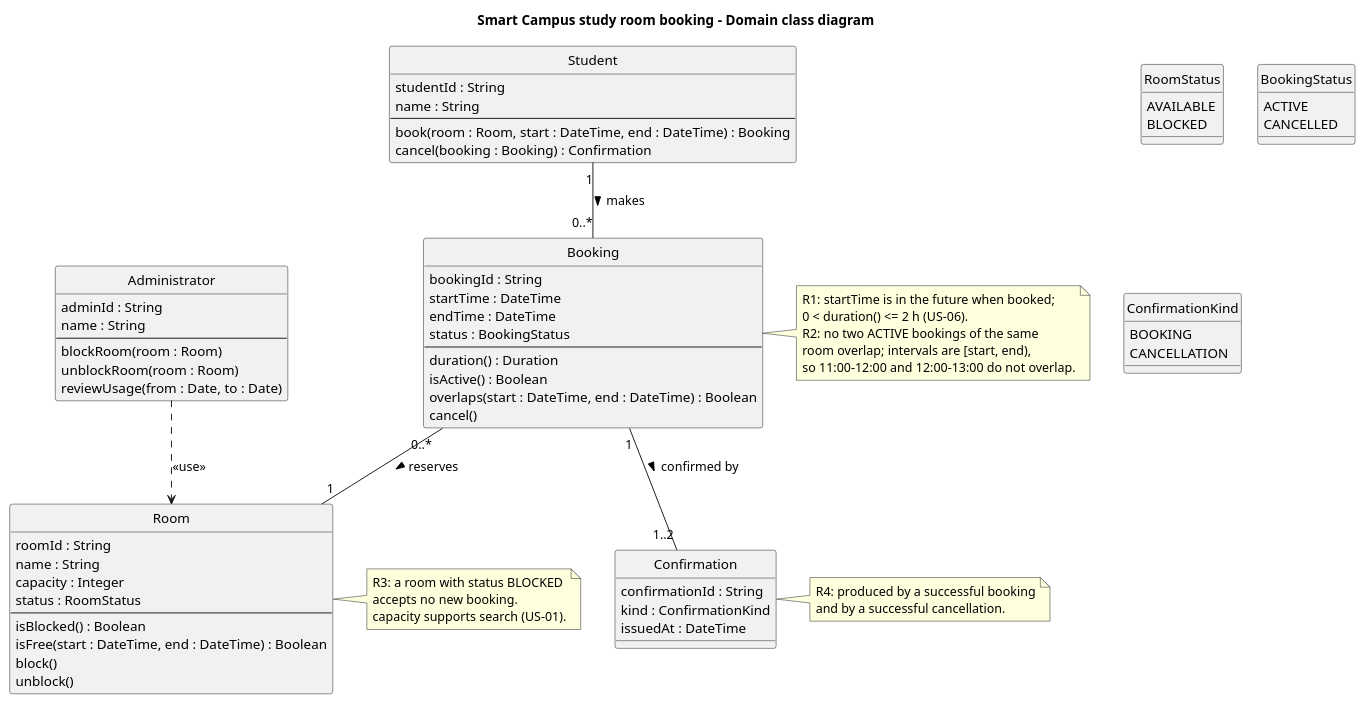
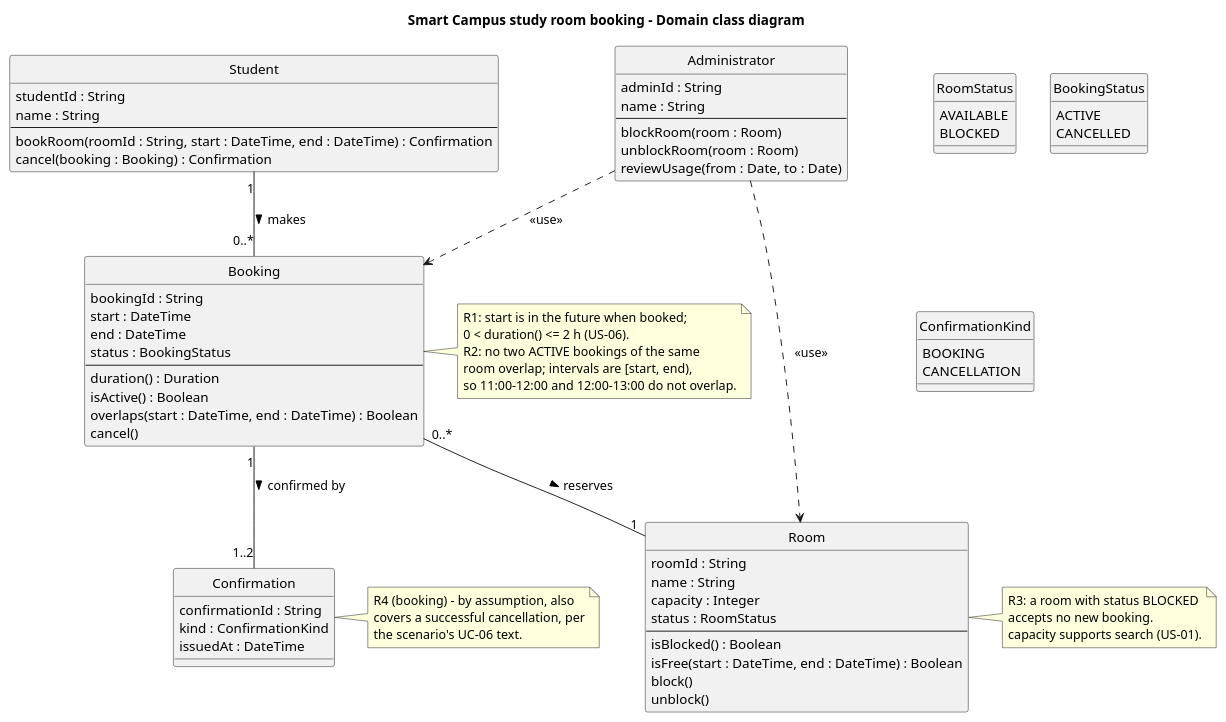
One commit to aosmanovv/se-practice changed the diagram in week-04/models/original/class.puml. Above: the diagram before and after it, drawn with PlantUML. The commit also changed 5 other files, not shown here.

Commit message:
week-04: apply AI critique findings to diagrams and approved-stories

```diff
--- a/week-04/models/original/class.puml
+++ b/week-04/models/original/class.puml
@@ -1,103 +1,108 @@
 @startuml class
 title Smart Campus study room booking - Domain class diagram
 
 skinparam shadowing false
 skinparam classAttributeIconSize 0
 hide circle
 
 class Student {
   studentId : String
   name : String
   --
-  book(room : Room, start : DateTime, end : DateTime) : Booking
+  bookRoom(roomId : String, start : DateTime, end : DateTime) : Confirmation
   cancel(booking : Booking) : Confirmation
 }
 
 class Room {
   roomId : String
   name : String
   capacity : Integer
   status : RoomStatus
   --
   isBlocked() : Boolean
   isFree(start : DateTime, end : DateTime) : Boolean
   block()
   unblock()
 }
 
 class Booking {
   bookingId : String
-  startTime : DateTime
-  endTime : DateTime
+  start : DateTime
+  end : DateTime
   status : BookingStatus
   --
   duration() : Duration
   isActive() : Boolean
   overlaps(start : DateTime, end : DateTime) : Boolean
   cancel()
 }
 
 class Confirmation {
   confirmationId : String
   kind : ConfirmationKind
   issuedAt : DateTime
 }
 
 class Administrator {
   adminId : String
   name : String
   --
   blockRoom(room : Room)
   unblockRoom(room : Room)
   reviewUsage(from : Date, to : Date)
 }
 
 enum RoomStatus {
   AVAILABLE
   BLOCKED
 }
 
 enum BookingStatus {
   ACTIVE
   CANCELLED
 }
 
 enum ConfirmationKind {
   BOOKING
   CANCELLATION
 }
 
 ' --- Associations ---
 ' US-02, US-03: a booking is made by exactly one student, who alone may cancel it.
 Student "1" -- "0..*" Booking : makes >
 
 ' US-02, R2, R3: a booking reserves exactly one room; a room has many bookings over time.
 Booking "0..*" -- "1" Room : reserves >
 
-' R4: one confirmation when the booking succeeds, a second if it is later cancelled.
+' R4 (booking) - by assumption also covers a successful cancellation (approved-stories.md).
 Booking "1" -- "1..2" Confirmation : confirmed by >
 
 ' US-04, US-05, scenario: the administrator acts on rooms, but nothing requires
 ' recording who blocked a room, so this is a dependency, not a stored association.
 Administrator ..> Room : <<use>>
 
+' scenario (no story): reviewing usage reads existing bookings, so the
+' administrator also depends on Booking, not only on Room.
+Administrator ..> Booking : <<use>>
+
 ' --- Rule notes ---
 note right of Booking
-  R1: startTime is in the future when booked;
+  R1: start is in the future when booked;
   0 < duration() <= 2 h (US-06).
   R2: no two ACTIVE bookings of the same
   room overlap; intervals are [start, end),
   so 11:00-12:00 and 12:00-13:00 do not overlap.
 end note
 
 note right of Room
   R3: a room with status BLOCKED
   accepts no new booking.
   capacity supports search (US-01).
 end note
 
 note right of Confirmation
-  R4: produced by a successful booking
-  and by a successful cancellation.
+  R4 (booking) - by assumption, also
+  covers a successful cancellation, per
+  the scenario's UC-06 text.
 end note
 @enduml
```
